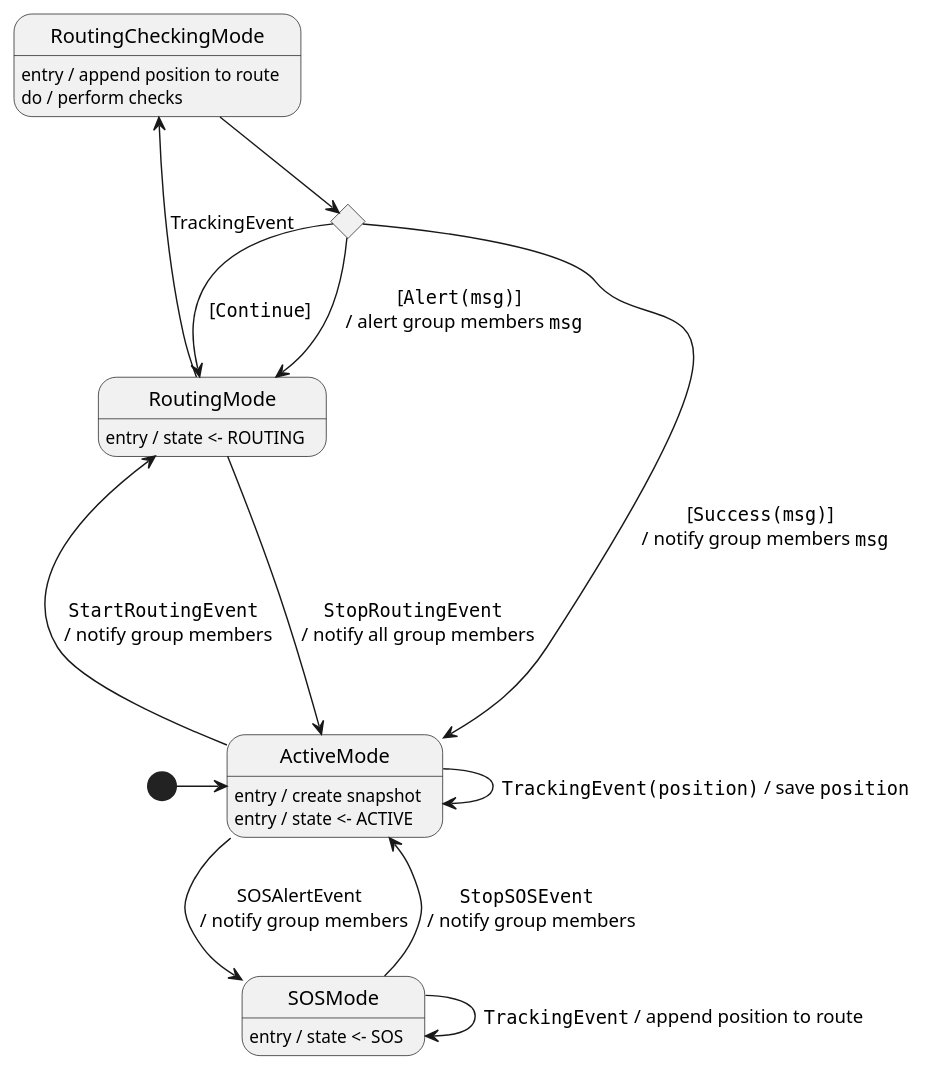
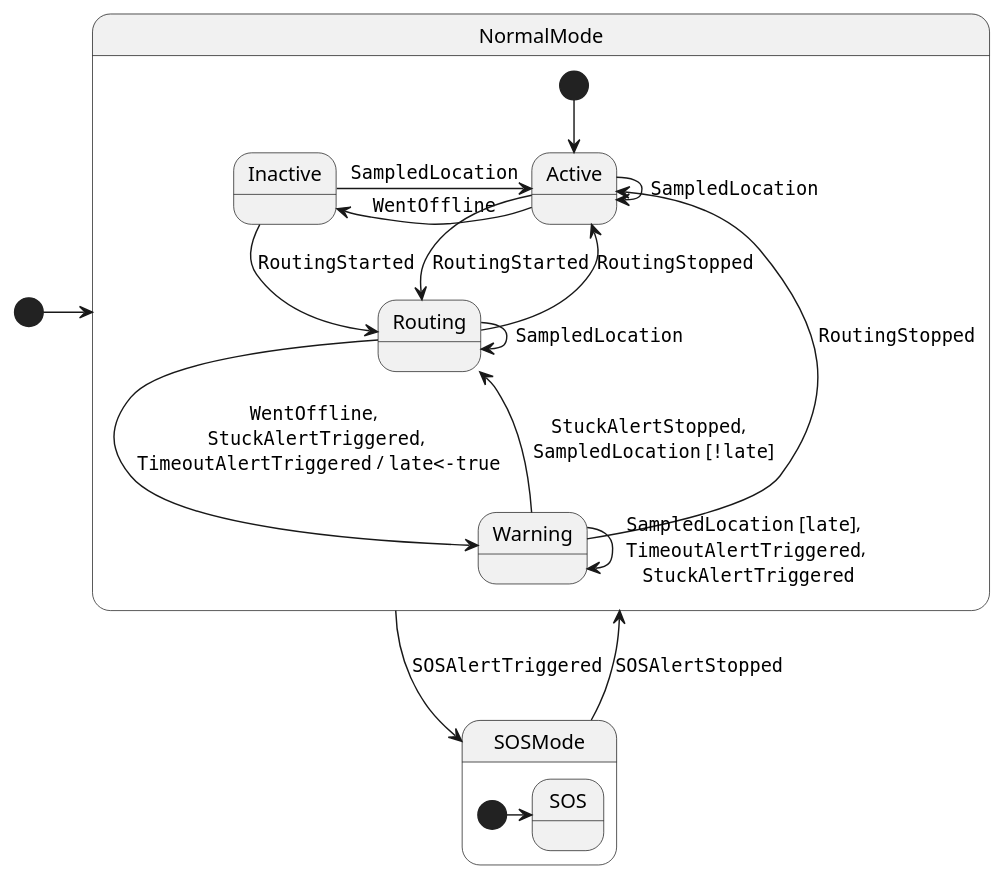
The second of 2 diagrams in content/docs/4-detailed-design/1-location-service.md (position-pal/Documentation), drawn with PlantUML before and after one commit. The commit also changed other lines of this file and 2 other files, not shown here.

Commit message:
init location structure domain design

````diff
--- a/content/docs/4-detailed-design/1-location-service.md
+++ b/content/docs/4-detailed-design/1-location-service.md
@@ -237,29 +288,32 @@
 ```plantuml
-@startuml location-service-behavior
+@startuml userstate-behavior
 
-[*] -> ActiveMode
+[*] -> NormalMode
 
-ActiveMode -> ActiveMode : ""TrackingEvent(position)"" / save ""position""
-ActiveMode: entry / create snapshot
-ActiveMode: entry / state <- ACTIVE
-ActiveMode -up-> RoutingMode : ""StartRoutingEvent"" \n / notify group members
-ActiveMode --> SOSMode : SOSAlertEvent \n / notify group members
+state NormalMode {
+    [*] --> Active
+    Active --> Active : ""SampledLocation""
 
-RoutingMode: entry / state <- ROUTING
-RoutingMode ---> ActiveMode : ""StopRoutingEvent"" \n / notify all group members
-RoutingMode -up-> RoutingCheckingMode : TrackingEvent
-'RoutingMode --> RoutingMode : [no updates for a while] \n / alert all group members \n / state <- INACTIVE
+    Active -left-> Inactive : ""WentOffline""
+    Inactive -right-> Active : ""SampledLocation""
 
-RoutingCheckingMode: entry / append position to route
-RoutingCheckingMode: do / perform checks
-state c <<choice>>
-RoutingCheckingMode --> c
-c --> RoutingMode : [""Continue""]
-c --> RoutingMode : [""Alert(msg)""] \n / alert group members ""msg""
-c --> ActiveMode : [""Success(msg)""] \n / notify group members ""msg""
+    Active -down-> Routing : ""RoutingStarted""
+    Routing -up-> Active : ""RoutingStopped""
+    Inactive --> Routing : ""RoutingStarted""
+    Routing -> Routing : ""SampledLocation""
 
-SOSMode: entry / state <- SOS
-SOSMode --> SOSMode : ""TrackingEvent"" / append position to route
-SOSMode --> ActiveMode : ""StopSOSEvent"" \n / notify group members
+    Routing --> Warning : ""WentOffline"", \n ""StuckAlertTriggered"", \n ""TimeoutAlertTriggered"" / ""late<-true""
+    Warning -up-> Routing : ""StuckAlertStopped"", \n ""SampledLocation"" [""!late""]
+    Warning -up-> Active : ""RoutingStopped""
+    Warning -> Warning : ""SampledLocation"" [""late""], \n ""TimeoutAlertTriggered"", \n ""StuckAlertTriggered""
+}
+
+state SOSMode {
+    [*] -> SOS
+}
+
+NormalMode --> SOSMode : ""SOSAlertTriggered""
+SOSMode --> NormalMode : ""SOSAlertStopped""
+
 @enduml
 ```
````
